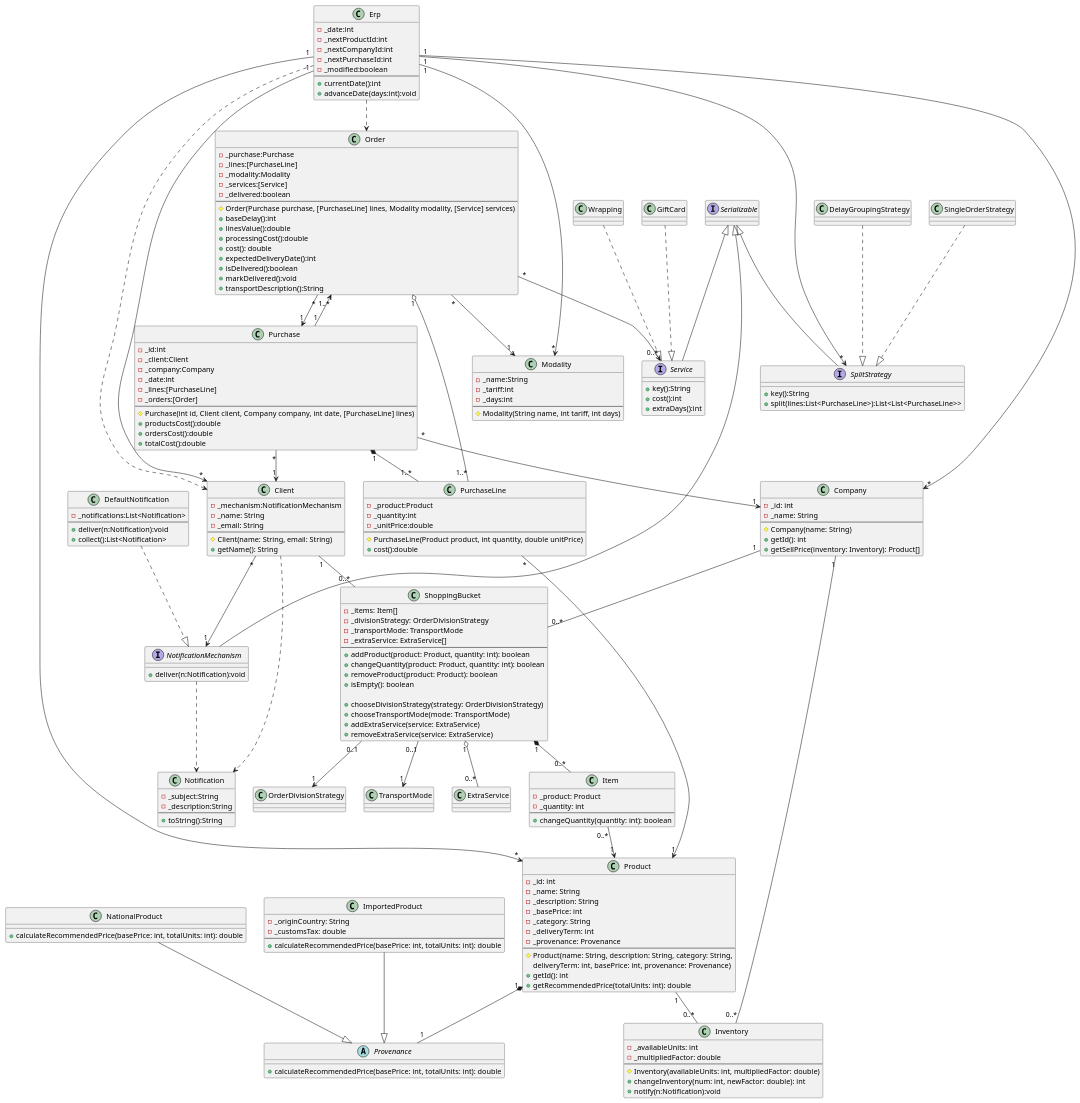
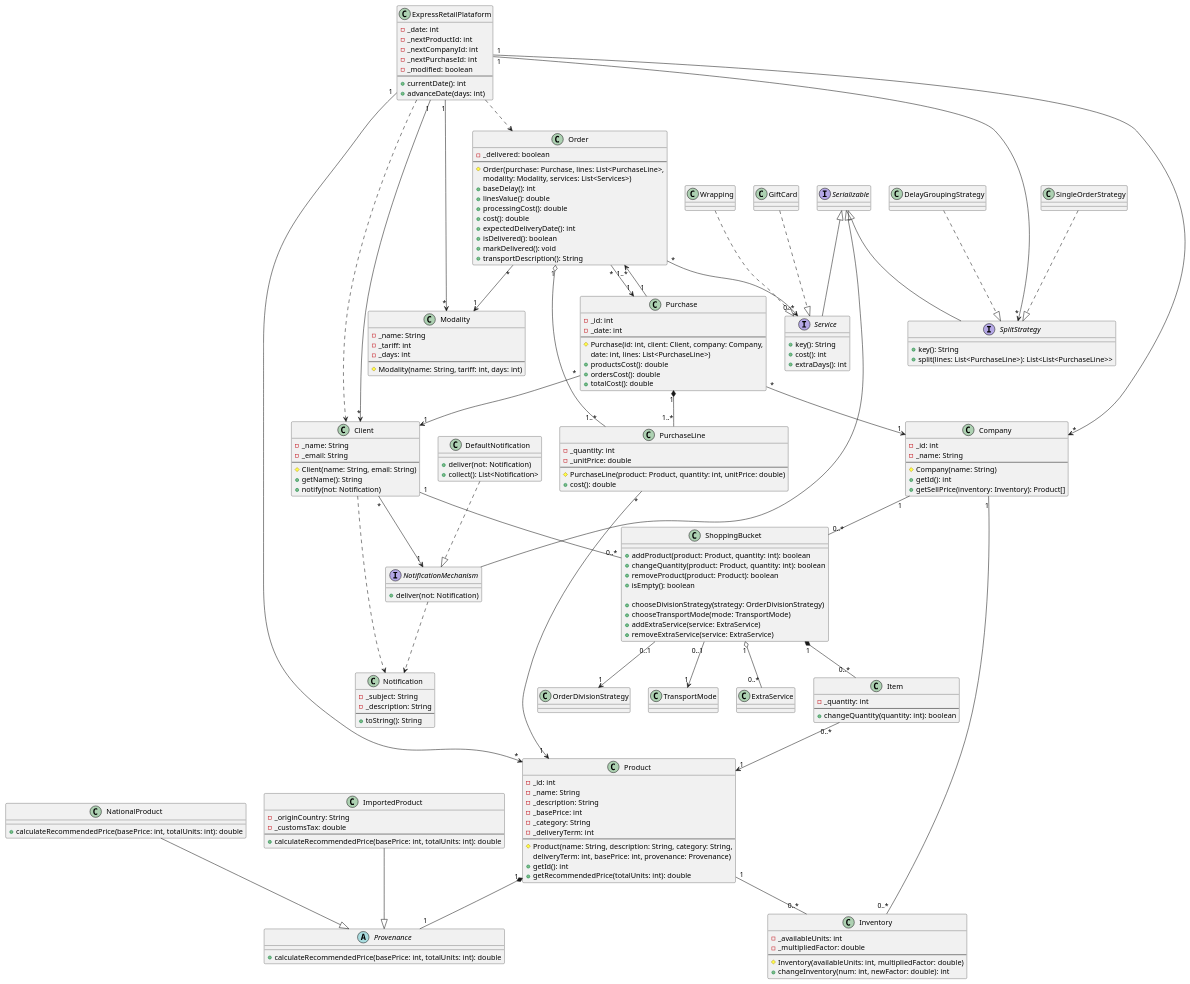
One commit to GuilhermeM0r4is/express-retail-platform changed the diagram in main.puml. Above: the diagram before and after it, drawn with PlantUML.

```diff
--- a/main.puml
+++ b/main.puml
@@ -7,7 +7,7 @@
     - _basePrice: int
     - _category: String
     - _deliveryTerm: int
-    - _provenance: Provenance
+    /' - _provenance: Provenance '/
     --
     # Product(name: String, description: String, category: String,
               deliveryTerm: int, basePrice: int, provenance: Provenance)
@@ -57,28 +57,28 @@
     --
     # Inventory(availableUnits: int, multipliedFactor: double)
     + changeInventory(num: int, newFactor: double): int
-    + notify(n:Notification):void
 }
 
 
 class Client {
-    - _mechanism:NotificationMechanism
+    /' - _mechanism: NotificationMechanism '/
     - _name: String
     - _email: String
     --
     # Client(name: String, email: String)
     + getName(): String
+    + notify(not: Notification)
 }
 
 
 /' Handles the logic behind the transitioning in a company
    and a client for the different items '/
 class ShoppingBucket {
-    - _items: Item[]
+    /' - _items: List<Item>
     - _divisionStrategy: OrderDivisionStrategy
     - _transportMode: TransportMode
-    - _extraService: ExtraService[]
-    --
+    - _extraService: List<ExtraService>
+    -- '/
     + addProduct(product: Product, quantity: int): boolean
     + changeQuantity(product: Product, quantity: int): boolean
     + removeProduct(product: Product): boolean
@@ -93,10 +93,118 @@
 
 /' An item can be inside a ShoppingBucket '/
 class Item {
-    - _product: Product
+    /' - _product: Product '/
     - _quantity: int
     --
     + changeQuantity(quantity: int): boolean
+}
+
+
+class Purchase {
+    - _id: int
+    /' - _client: Client
+    - _company: Company '/
+    - _date: int
+    /' - _lines: List<PurchaseLine>
+    - _orders: List<Order> '/
+    --
+    # Purchase(id: int, client: Client, company: Company,
+               date: int, lines: List<PurchaseLine>)
+    + productsCost(): double
+    + ordersCost(): double
+    + totalCost(): double
+}
+
+
+class PurchaseLine {
+    /' - _product: Product '/
+    - _quantity: int
+    - _unitPrice: double
+    --
+    # PurchaseLine(product: Product, quantity: int, unitPrice: double)
+    + cost(): double
+}
+
+
+class Order {
+    /' - _purchase: Purchase
+    - _lines: List<PurchaseLine>
+    - _modality: Modality
+    - _services: List<Service> '/
+    - _delivered: boolean
+    --
+    # Order(purchase: Purchase, lines: List<PurchaseLine>,
+            modality: Modality, services: List<Services>)
+    + baseDelay(): int
+    + linesValue(): double
+    + processingCost(): double
+    + cost(): double
+    + expectedDeliveryDate(): int
+    + isDelivered(): boolean
+    + markDelivered(): void
+    + transportDescription(): String
+}
+
+
+interface SplitStrategy extends Serializable {
+    + key(): String
+    + split(lines: List<PurchaseLine>): List<List<PurchaseLine>>
+}
+
+class SingleOrderStrategy
+class DelayGroupingStrategy
+
+
+interface Service extends Serializable {
+    + key(): String
+    + cost(): int
+    + extraDays(): int
+}
+
+class Wrapping
+class GiftCard
+
+
+class Modality {
+    - _name: String
+    - _tariff: int
+    - _days: int
+    --
+    # Modality(name: String, tariff: int, days: int)
+}
+
+
+class ExpressRetailPlataform {
+    - _date: int
+    - _nextProductId: int
+    - _nextCompanyId: int
+    - _nextPurchaseId: int
+    - _modified: boolean
+    --
+    + currentDate(): int
+    + advanceDate(days: int)
+}
+
+
+class Notification {
+    - _subject: String
+    - _description: String
+    --
+    + toString(): String
+}
+
+
+/' Not public not privade, like c++ namespace '/
+interface NotificationMechanism extends Serializable {
+    + deliver(not: Notification)
+}
+
+
+class DefaultNotification {
+    /' - _notifications: List<Notification>
+    -- '/
+    + deliver(not: Notification)
+    + collect(): List<Notification>
 }
 
 
@@ -122,6 +230,7 @@
 ShoppingBucket "0..1" --> "1" OrderDivisionStrategy
 ShoppingBucket "0..1" --> "1" TransportMode
 
+
 /' agregation relation, ExtraService can exist without ShoppingBucket
    like a whole-part logic for this context '/
 ShoppingBucket "1" o-- "0..*" ExtraService
@@ -133,173 +242,58 @@
 Item "0..*" --> "1" Product
 
 
-class Purchase {
-    - _id:int
-    - _client:Client
-    - _company:Company
-    - _date:int
-    - _lines:[PurchaseLine]
-    - _orders:[Order]
-    --
-    # Purchase(int id, Client client, Company company, int date, [PurchaseLine] lines)
-    + productsCost():double
-    + ordersCost():double
-    + totalCost():double
-}
+/' Previously I had Client ..> DefaultNotification but I erased it,
+   it would be wrong right? '/
+Client "*" --> "1" NotificationMechanism
+Client ..> Notification
+
+
 Purchase "*" --> "1" Client
 Purchase "*" --> "1" Company
-Purchase "1" *-- "1..*" PurchaseLine 
-' I had "1" --> "1..*" PurchaseLine but it would be more correct for *-- because
-' a purchase can have many lines and a line belongs to only one purchase but I'm not sure
+Purchase "1" *-- "1..*" PurchaseLine
+/' I had "1" --> "1..*" PurchaseLine but it would be more correct for *-- because
+   a purchase can have many lines and a line belongs to only one purchase but Im not sure '/
 Purchase "1" --> "1..*" Order
 
 
-class PurchaseLine {
-    - _product:Product
-    - _quantity:int
-    - _unitPrice:double
-    --
-    # PurchaseLine(Product product, int quantity, double unitPrice)
-    + cost():double
-}
+/' Each product has infinite purchase lines '/
 PurchaseLine "*" --> "1" Product
 
 
-class Order {
-    - _purchase:Purchase
-    - _lines:[PurchaseLine]
-    - _modality:Modality
-    - _services:[Service]
-    - _delivered:boolean
-    --
-    # Order(Purchase purchase, [PurchaseLine] lines, Modality modality, [Service] services)
-    + baseDelay():int
-    + linesValue():double
-    + processingCost():double
-    + cost(): double
-    + expectedDeliveryDate():int     
-    + isDelivered():boolean
-    + markDelivered():void
-    + transportDescription():String
-}
 Order "*" --> "1" Purchase
 Order "1" o-- "1..*" PurchaseLine
 Order "*" --> "1" Modality
 Order "*" --> "0..*" Service
 
 
-' Dictates the interface for the strategy pattern 
-interface SplitStrategy extends Serializable {
-    + key():String
-    + split(lines:List<PurchaseLine>):List<List<PurchaseLine>>
-}
-class SingleOrderStrategy
-class DelayGroupingStrategy
+/' Dictates the interface for the strategy pattern '/
 SingleOrderStrategy ..|> SplitStrategy
 DelayGroupingStrategy ..|> SplitStrategy
 
 
-interface Service extends Serializable {
-    + key():String
-    + cost():int
-    + extraDays():int
-}
-class Wrapping
-class GiftCard
 Wrapping ..|> Service
 GiftCard ..|> Service
 
 
-class Modality {
-    - _name:String
-    - _tariff:int
-    - _days:int
-    --
-    # Modality(String name, int tariff, int days)
-}
-
-' Order.expectedDeliveryDate():int
- ' purchase.date() + baseDelay() + modality.days() + soma(service.extraDays()) 
+/' Order.expectedDeliveryDate():int
+   purchase.date() + baseDelay() + modality.days() + soma(service.extraDays()) '/
 
 
-' isDelivered(int currentDate):boolean
- ' currentDate >= expectedDeliveryDate()
+/' isDelivered(int currentDate):boolean
+   currentDate >= expectedDeliveryDate() '/
 
 
-' Express Retail Plataform
-class Erp { 
-    - _date:int
-    - _nextProductId:int
-    - _nextCompanyId:int
-    - _nextPurchaseId:int
-    - _modified:boolean
-    --
-    + currentDate():int
-    + advanceDate(days:int):void
-}
-Erp ..> Order
-Erp ..> Client
-Erp "1" --> "*" Company
-Erp "1" --> "*" Product
-Erp "1" --> "*" Client
-Erp "1" --> "*" Modality
-Erp "1" --> "*" SplitStrategy
+/' Express Retail Plataform '/
+ExpressRetailPlataform ..> Order
+ExpressRetailPlataform ..> Client
+ExpressRetailPlataform "1" --> "*" Company
+ExpressRetailPlataform "1" --> "*" Product
+ExpressRetailPlataform "1" --> "*" Client
+ExpressRetailPlataform "1" --> "*" Modality
+ExpressRetailPlataform "1" --> "*" SplitStrategy
 
 
-class Notification {
-    - _subject:String
-    - _description:String
-    --
-    + toString():String
-}
-
-
-interface NotificationMechanism extends Serializable {
-    + deliver(n:Notification):void
-}
 NotificationMechanism ..> Notification
-
-
-class DefaultNotification {
-    - _notifications:List<Notification>
-    --
-    + deliver(n:Notification):void
-    + collect():List<Notification>
-}
 DefaultNotification ..|> NotificationMechanism
 
-/'
-' Client class from 1.3, needs to have attribute "_mechanism" and method "notify"
-class Client {
-    - _mechanism:NotificationMechanism
-    --
-    + notify(n:Notification):void
-}
-'/
-Client "*" --> "1" NotificationMechanism
-' Previously I had Client ..> DefaultNotification but I erased it, it would be wrong right?
-Client ..> Notification
-
-
-/' 
-Changes to Order class from 1.5
-class Order {
-    - _delivered:boolean
-    --
-    + isDelivered():boolean
-    + markDelivered():void
-}
-Order "*" --> "1" Purchase
-'/
-
-
-/' 
-Changes to Erp class from 1.7
-class Erp { 
-    - _nextProductId:int
-    - _nextCompanyId:int
-    - _nextPurchaseId:int
-    --
-}
-'/
 @enduml
```
